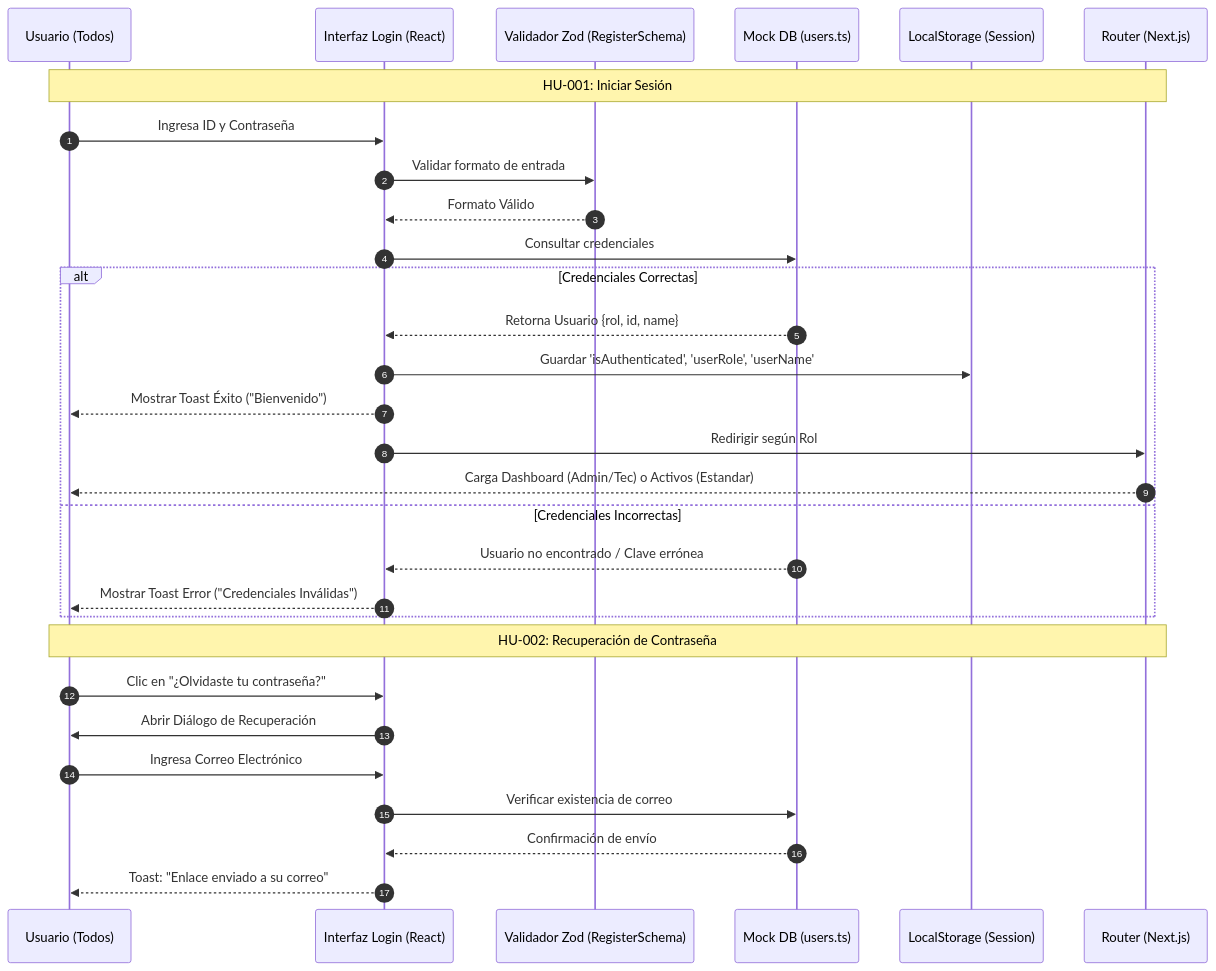
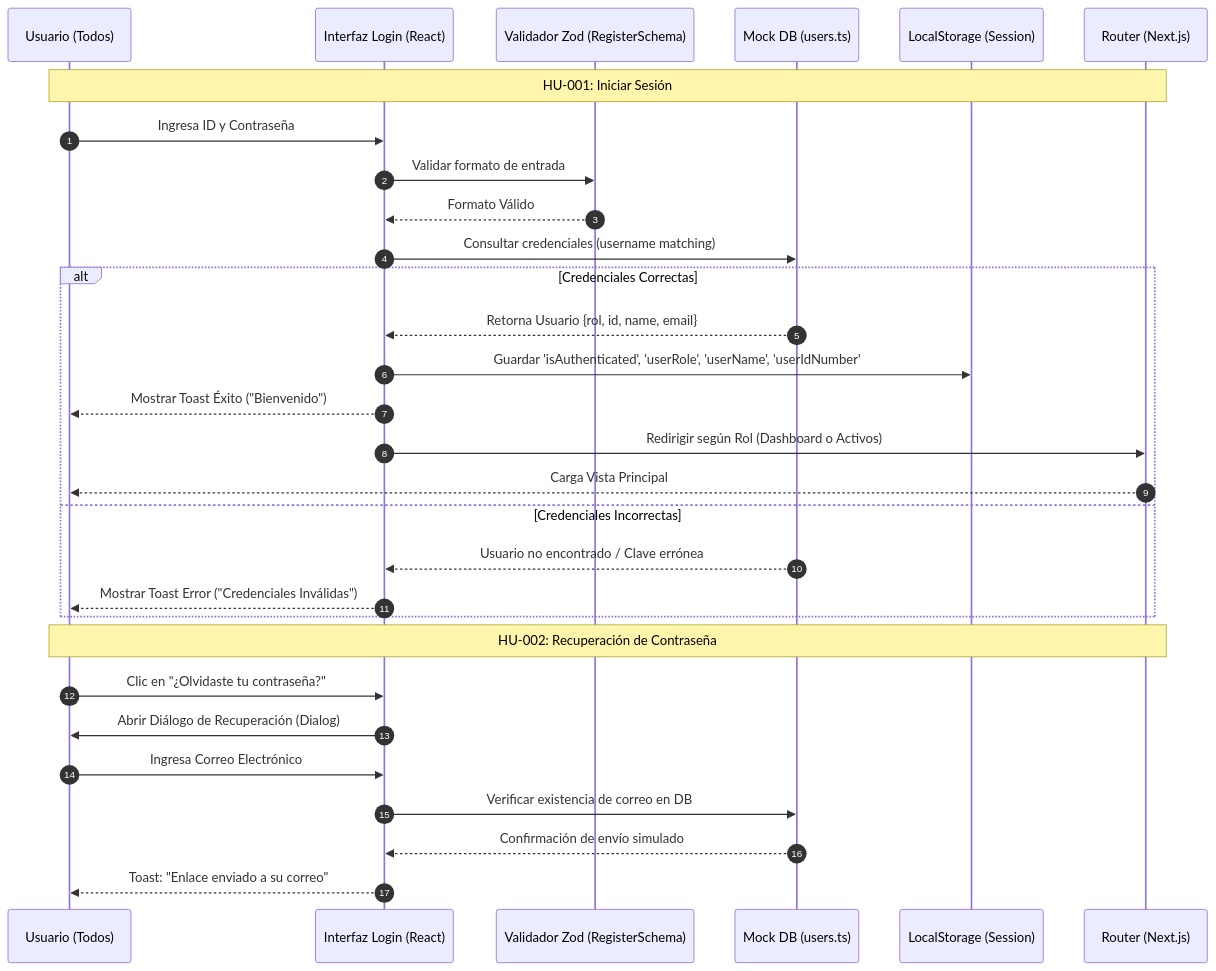
One commit to KaicerPirata/Proyecto changed the first of 5 diagrams in DIAGRAMAS.md. Above: the diagram before and after it, drawn with Mermaid. The commit also changed other lines of this file, not shown here.

````diff
--- a/DIAGRAMAS.md
+++ b/DIAGRAMAS.md
@@ -10,34 +10,34 @@
 ```mermaid
 sequenceDiagram
     autonumber
     participant U as Usuario (Todos)
     participant L as Interfaz Login (React)
     participant V as Validador Zod (RegisterSchema)
     participant M as Mock DB (users.ts)
     participant S as LocalStorage (Session)
     participant R as Router (Next.js)
 
     Note over U, R: HU-001: Iniciar Sesión
     U->>L: Ingresa ID y Contraseña
     L->>V: Validar formato de entrada
     V-->>L: Formato Válido
-    L->>M: Consultar credenciales
+    L->>M: Consultar credenciales (username matching)
     alt Credenciales Correctas
-        M-->>L: Retorna Usuario {rol, id, name}
-        L->>S: Guardar 'isAuthenticated', 'userRole', 'userName'
+        M-->>L: Retorna Usuario {rol, id, name, email}
+        L->>S: Guardar 'isAuthenticated', 'userRole', 'userName', 'userIdNumber'
         L-->>U: Mostrar Toast Éxito ("Bienvenido")
-        L->>R: Redirigir según Rol
-        R-->>U: Carga Dashboard (Admin/Tec) o Activos (Estandar)
+        L->>R: Redirigir según Rol (Dashboard o Activos)
+        R-->>U: Carga Vista Principal
     else Credenciales Incorrectas
         M-->>L: Usuario no encontrado / Clave errónea
         L-->>U: Mostrar Toast Error ("Credenciales Inválidas")
     end
 
     Note over U, R: HU-002: Recuperación de Contraseña
     U->>L: Clic en "¿Olvidaste tu contraseña?"
-    L->>U: Abrir Diálogo de Recuperación
+    L->>U: Abrir Diálogo de Recuperación (Dialog)
     U->>L: Ingresa Correo Electrónico
-    L->>M: Verificar existencia de correo
-    M-->>L: Confirmación de envío
+    L->>M: Verificar existencia de correo en DB
+    M-->>L: Confirmación de envío simulado
     L-->>U: Toast: "Enlace enviado a su correo"
 ```
````
